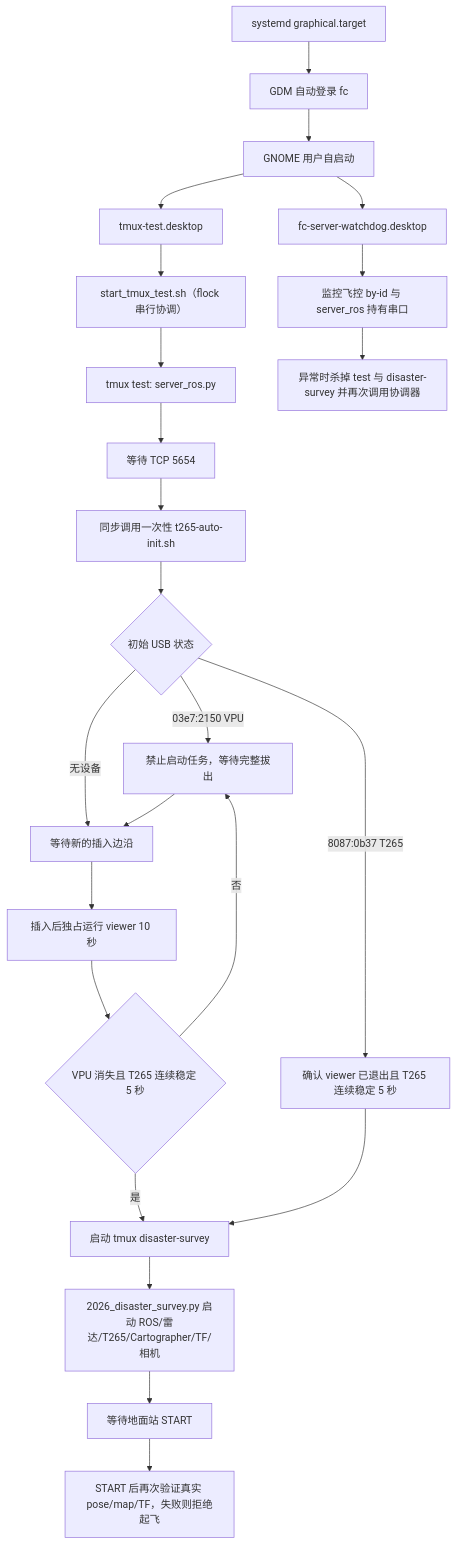
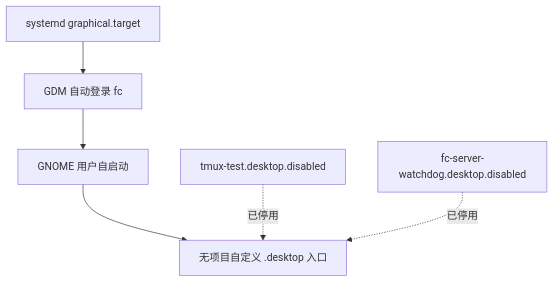
Before and after one commit to Cooper3516833584/DDDDDDRONE: the diagram in FC_AUTOSTART_INVENTORY.md, drawn with Mermaid. The commit also changed other lines of this file and 3 other files, not shown here.

````diff
--- a/FC_AUTOSTART_INVENTORY.md
+++ b/FC_AUTOSTART_INVENTORY.md
@@ -21,26 +21,8 @@
 ```mermaid
 flowchart TD
     A["systemd graphical.target"] --> B["GDM 自动登录 fc"]
     B --> C["GNOME 用户自启动"]
-    C --> D["tmux-test.desktop"]
-    C --> F["fc-server-watchdog.desktop"]
-    D --> G["start_tmux_test.sh（flock 串行协调）"]
-    G --> H["tmux test: server_ros.py"]
-    H --> I["等待 TCP 5654"]
-    I --> J["同步调用一次性 t265-auto-init.sh"]
-    J --> K{"初始 USB 状态"}
-    K -->|"8087:0b37 T265"| L["确认 viewer 已退出且 T265 连续稳定 5 秒"]
-    K -->|"03e7:2150 VPU"| M["禁止启动任务，等待完整拔出"]
-    K -->|"无设备"| N["等待新的插入边沿"]
-    M --> N
-    N --> O["插入后独占运行 viewer 10 秒"]
-    O --> P{"VPU 消失且 T265 连续稳定 5 秒"}
-    P -->|"否"| M
-    P -->|"是"| Q["启动 tmux disaster-survey"]
-    L --> Q
-    Q --> R["2026_disaster_survey.py 启动 ROS/雷达/T265/Cartographer/TF/相机"]
-    R --> S["等待地面站 START"]
-    S --> T["START 后再次验证真实 pose/map/TF，失败则拒绝起飞"]
-    F --> W["监控飞控 by-id 与 server_ros 持有串口"]
-    W --> U["异常时杀掉 test 与 disaster-survey 并再次调用协调器"]
+    C --> D["无项目自定义 .desktop 入口"]
+    E["tmux-test.desktop.disabled"] -. "已停用" .-> D
+    F["fc-server-watchdog.desktop.disabled"] -. "已停用" .-> D
 ```
````
